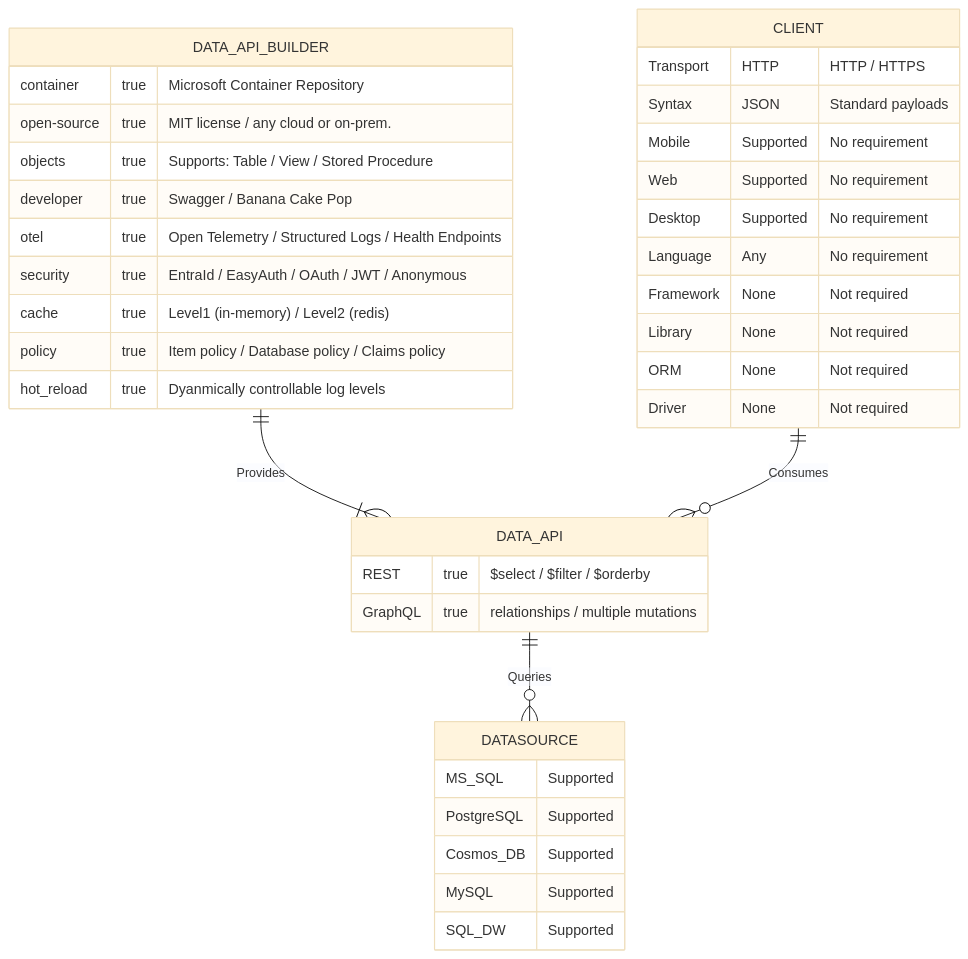
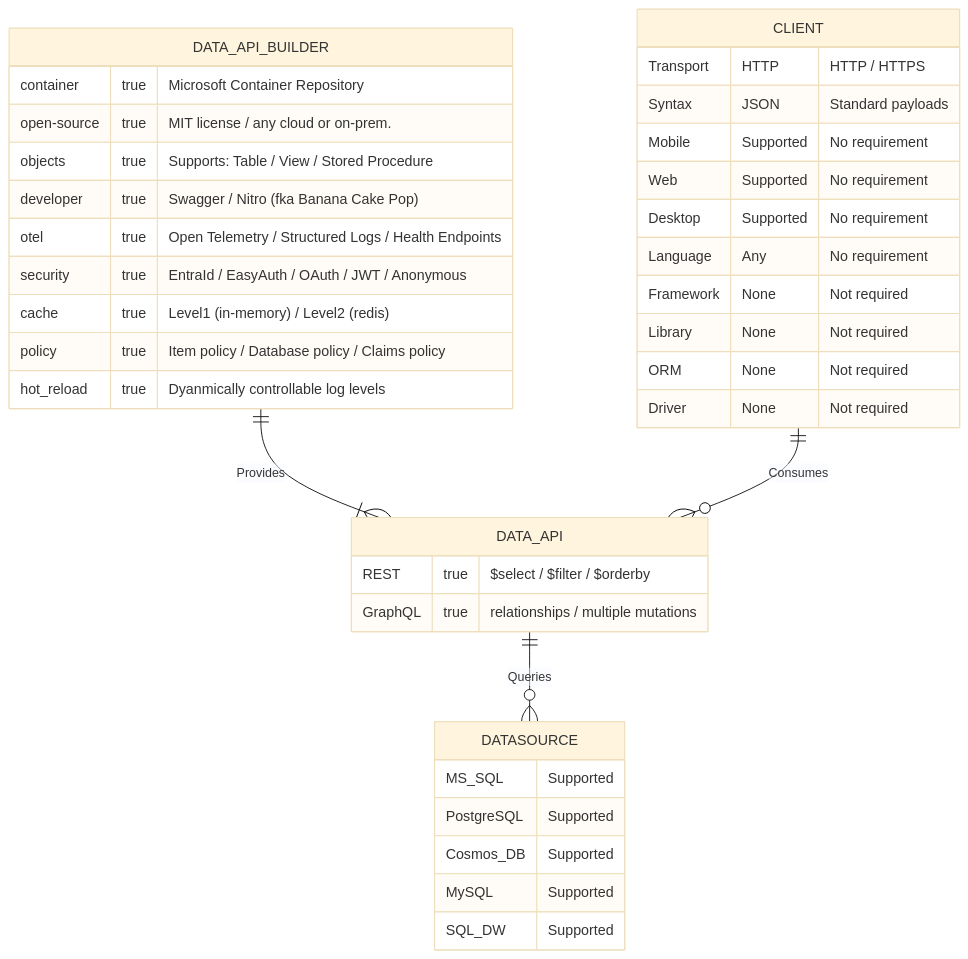
Before and after one commit to Azure/data-api-builder: the first of 2 diagrams in README.md, drawn with Mermaid (base theme).

````diff
--- a/README.md
+++ b/README.md
@@ -20,40 +20,40 @@
 ```mermaid
 erDiagram
     DATA_API_BUILDER ||--|{ DATA_API : "Provides"
     DATA_API_BUILDER {
         container true "Microsoft Container Repository"
         open-source true "MIT license / any cloud or on-prem."
         objects true "Supports: Table / View / Stored Procedure"
-        developer true "Swagger / Banana Cake Pop"
+        developer true "Swagger / Nitro (fka Banana Cake Pop)"
         otel true "Open Telemetry / Structured Logs / Health Endpoints"
         security true "EntraId / EasyAuth / OAuth / JWT / Anonymous"
         cache true "Level1 (in-memory) / Level2 (redis)"
         policy true "Item policy / Database policy / Claims policy"
         hot_reload true "Dyanmically controllable log levels"
     }
     DATA_API ||--o{ DATASOURCE : "Queries"
     DATA_API {
         REST true "$select / $filter / $orderby"
         GraphQL true "relationships / multiple mutations"
     }
     DATASOURCE {
         MS_SQL Supported
         PostgreSQL Supported
         Cosmos_DB Supported
         MySQL Supported
         SQL_DW Supported
     }
     CLIENT ||--o{ DATA_API : "Consumes"
     CLIENT {
         Transport HTTP "HTTP / HTTPS"
         Syntax JSON "Standard payloads"
         Mobile Supported "No requirement"
         Web Supported "No requirement"
         Desktop Supported "No requirement"
         Language Any "No requirement"
         Framework None "Not required"
         Library None "Not required"
         ORM None "Not required"
         Driver None "Not required"
     }
 ```
````
